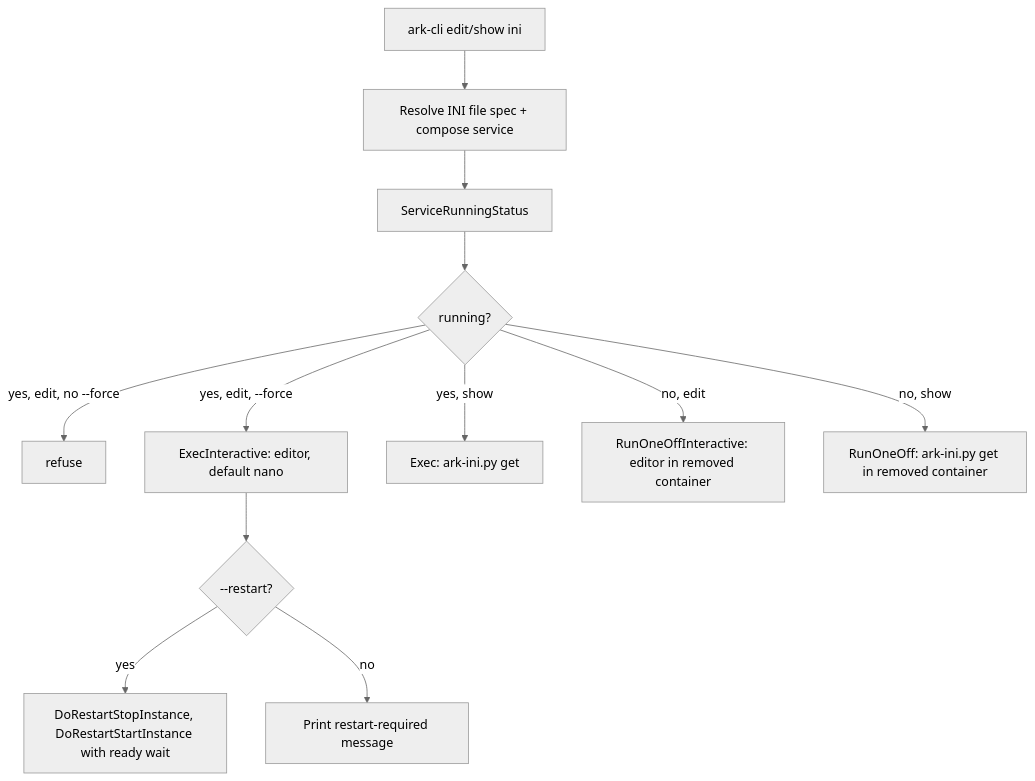
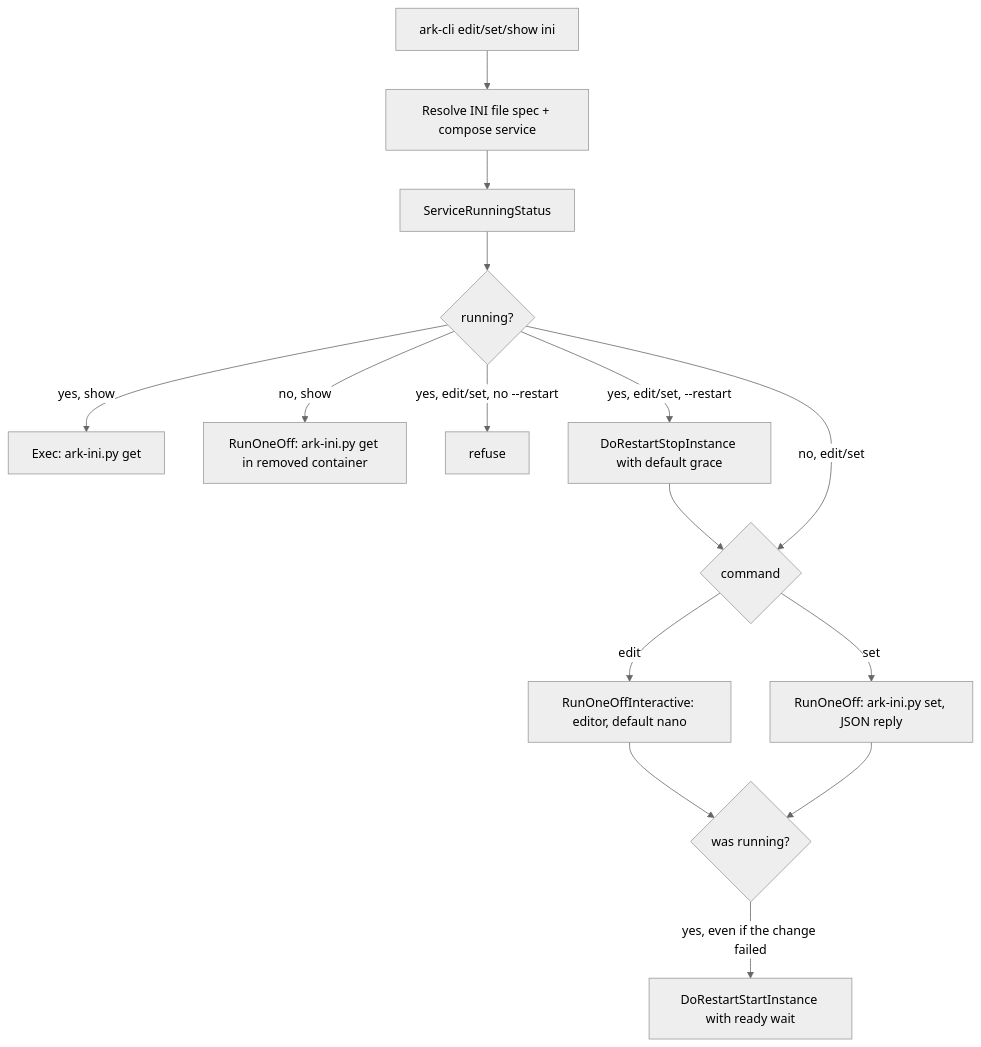
Diagram 11 of 12 in docs/dev/reference/runtime-call-graph.md (bryanwieg/arkascended-server), drawn with Mermaid (neutral theme) before and after one commit. The commit also changed other lines of this file and 5 other files, not shown here.

First line of the commit message:
fix(cli)!: edit ini on a running instance stops it before editing

````diff
--- a/docs/dev/reference/runtime-call-graph.md
+++ b/docs/dev/reference/runtime-call-graph.md
@@ -300,16 +300,18 @@
 ```mermaid
 flowchart TD
-    A[ark-cli edit/show ini] --> B[Resolve INI file spec + compose service]
+    A[ark-cli edit/set/show ini] --> B[Resolve INI file spec + compose service]
     B --> C[ServiceRunningStatus]
     C --> D{running?}
 
-    D -->|"yes, edit, no --force"| X[refuse]
-    D -->|"yes, edit, --force"| E[ExecInteractive: editor, default nano]
     D -->|"yes, show"| F[Exec: ark-ini.py get]
-    D -->|"no, edit"| G[RunOneOffInteractive: editor in removed container]
     D -->|"no, show"| H[RunOneOff: ark-ini.py get in removed container]
-
-    E --> I{--restart?}
-    I -->|"yes"| J[DoRestartStopInstance, DoRestartStartInstance with ready wait]
-    I -->|"no"| K[Print restart-required message]
+    D -->|"yes, edit/set, no --restart"| X[refuse]
+    D -->|"yes, edit/set, --restart"| J[DoRestartStopInstance with default grace]
+    J --> G
+    D -->|"no, edit/set"| G{command}
+    G -->|"edit"| E[RunOneOffInteractive: editor, default nano]
+    G -->|"set"| S[RunOneOff: ark-ini.py set, JSON reply]
+    E --> K{was running?}
+    S --> K
+    K -->|"yes, even if the change failed"| L[DoRestartStartInstance with ready wait]
 ```
````
